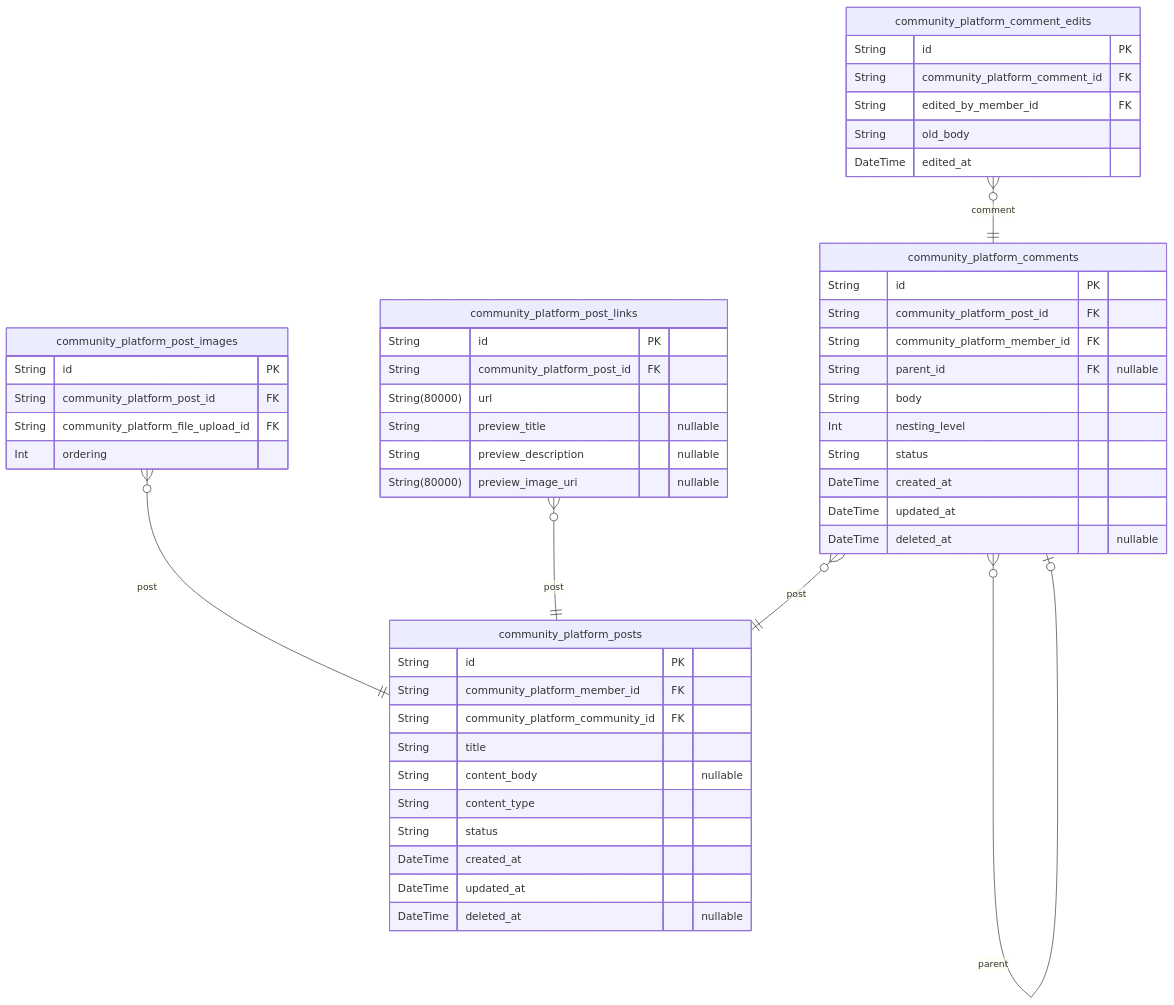
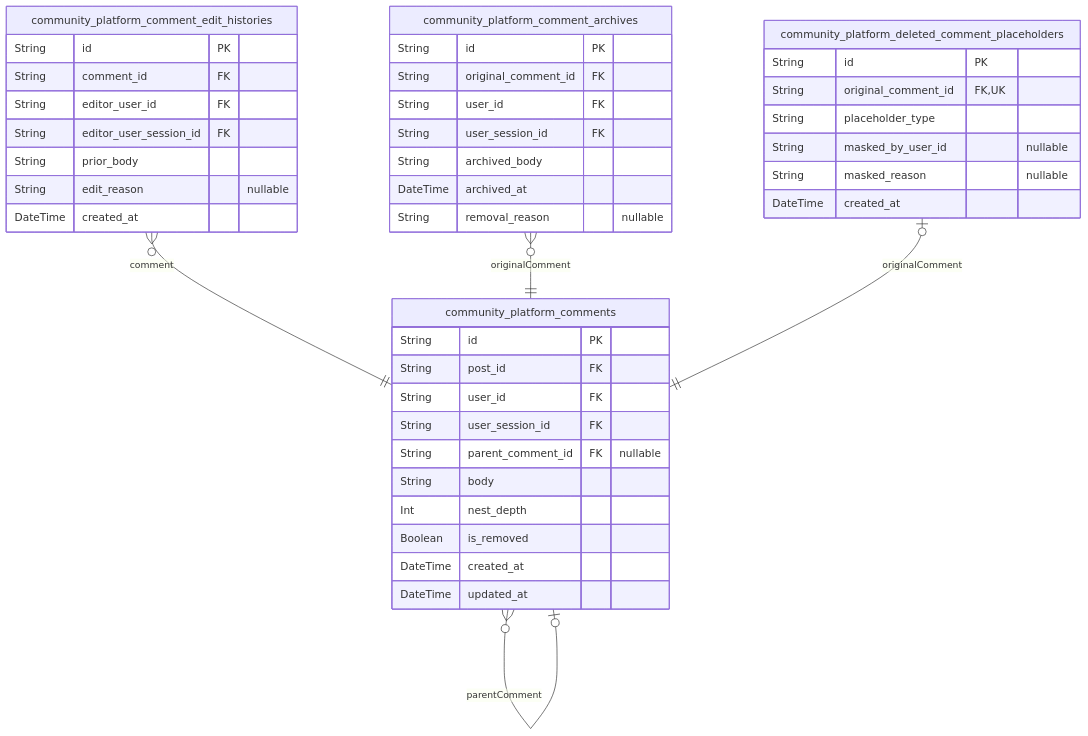
The sixth of 10 diagrams in openai/gpt-4.1/reddit/docs/ERD.md (wrtnlabs/autobe-examples), drawn with Mermaid before and after one commit. The commit also changed other lines of this file and 16146 other files, not shown here.

````diff
--- a/openai/gpt-4.1/reddit/docs/ERD.md
+++ b/openai/gpt-4.1/reddit/docs/ERD.md
@@ -538,53 +753,45 @@
 ```mermaid
 erDiagram
-"community_platform_posts" {
+"community_platform_comments" {
   String id PK
-  String community_platform_member_id FK
-  String community_platform_community_id FK
-  String title
-  String content_body "nullable"
-  String content_type
-  String status
+  String post_id FK
+  String user_id FK
+  String user_session_id FK
+  String parent_comment_id FK "nullable"
+  String body
+  Int nest_depth
+  Boolean is_removed
   DateTime created_at
   DateTime updated_at
-  DateTime deleted_at "nullable"
 }
-"community_platform_post_images" {
+"community_platform_comment_edit_histories" {
   String id PK
-  String community_platform_post_id FK
-  String community_platform_file_upload_id FK
-  Int ordering
+  String comment_id FK
+  String editor_user_id FK
+  String editor_user_session_id FK
+  String prior_body
+  String edit_reason "nullable"
+  DateTime created_at
 }
-"community_platform_post_links" {
+"community_platform_comment_archives" {
   String id PK
-  String community_platform_post_id FK
-  String(80000) url
-  String preview_title "nullable"
-  String preview_description "nullable"
-  String(80000) preview_image_uri "nullable"
+  String original_comment_id FK
+  String user_id FK
+  String user_session_id FK
+  String archived_body
+  DateTime archived_at
+  String removal_reason "nullable"
 }
-"community_platform_comments" {
+"community_platform_deleted_comment_placeholders" {
   String id PK
-  String community_platform_post_id FK
-  String community_platform_member_id FK
-  String parent_id FK "nullable"
-  String body
-  Int nesting_level
-  String status
+  String original_comment_id FK,UK
+  String placeholder_type
+  String masked_by_user_id "nullable"
+  String masked_reason "nullable"
   DateTime created_at
-  DateTime updated_at
-  DateTime deleted_at "nullable"
 }
-"community_platform_comment_edits" {
-  String id PK
-  String community_platform_comment_id FK
-  String edited_by_member_id FK
-  String old_body
-  DateTime edited_at
-}
-"community_platform_post_images" }o--|| "community_platform_posts" : post
-"community_platform_post_links" }o--|| "community_platform_posts" : post
-"community_platform_comments" }o--|| "community_platform_posts" : post
-"community_platform_comments" }o--o| "community_platform_comments" : parent
-"community_platform_comment_edits" }o--|| "community_platform_comments" : comment
+"community_platform_comments" }o--o| "community_platform_comments" : parentComment
+"community_platform_comment_edit_histories" }o--|| "community_platform_comments" : comment
+"community_platform_comment_archives" }o--|| "community_platform_comments" : originalComment
+"community_platform_deleted_comment_placeholders" |o--|| "community_platform_comments" : originalComment
 ```
````
